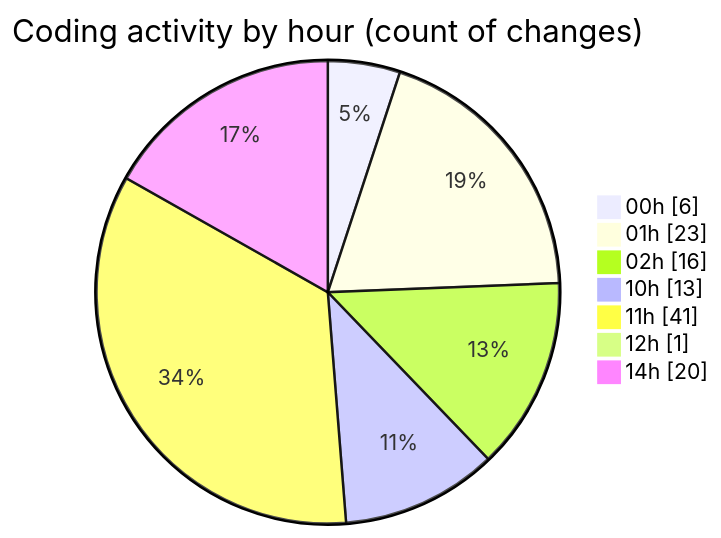
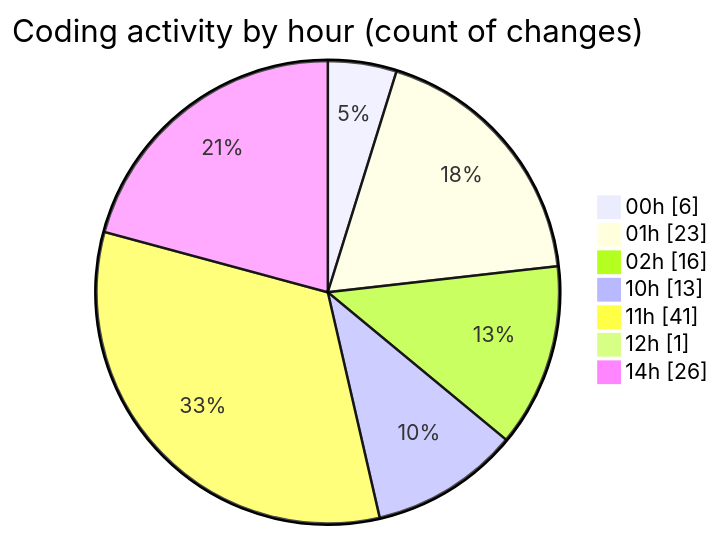
The second of 2 diagrams in 2025-11-08/eventscop-frontend-guide__workspace_/README.md (julien-gomy/code-tracking), drawn with Mermaid before and after one commit. The commit also changed other lines of this file and 1 other file, not shown here.

````diff
--- a/2025-11-08/eventscop-frontend-guide__workspace_/README.md
+++ b/2025-11-08/eventscop-frontend-guide__workspace_/README.md
@@ -62,11 +63,11 @@
 ```mermaid
 pie showData
 title Coding activity by hour (count of changes)
 "00h" : 6
 "01h" : 23
 "02h" : 16
 "10h" : 13
 "11h" : 41
 "12h" : 1
-"14h" : 20
+"14h" : 26
 ```
````
